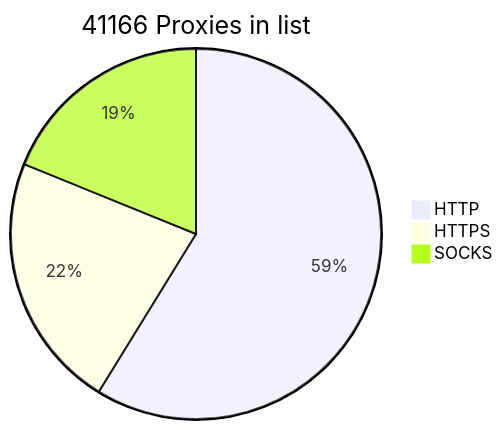
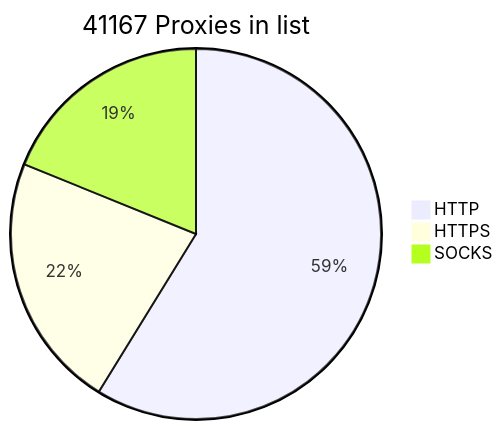
The diagram in README.md (BlackSnowDot/proxylist-update-every-minute), drawn with Mermaid before and after one commit.

````diff
--- a/README.md
+++ b/README.md
@@ -2,6 +2,6 @@
 ```mermaid
-pie title 41166 Proxies in list
+pie title 41167 Proxies in list
     "HTTP" : 28399
     "HTTPS": 10799
-    "SOCKS" : 9110
+    "SOCKS" : 9111
 ```
````
